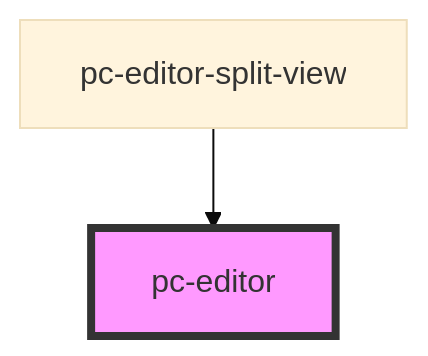
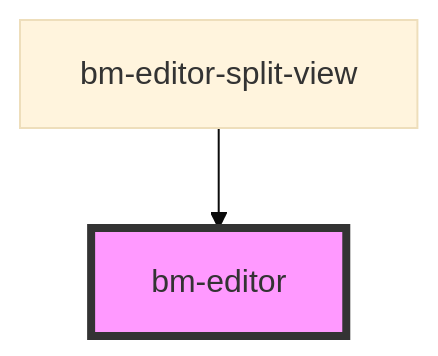
The diagram in packages/studio/src/components/editor/readme.md (bettermusic/studio), drawn with Mermaid (base theme) before and after one commit. The commit also changed other lines of this file and 38 other files, not shown here.

````diff
--- a/packages/studio/src/components/editor/readme.md
+++ b/packages/studio/src/components/editor/readme.md
@@ -35,5 +35,5 @@
 ```mermaid
 graph TD;
-  pc-editor-split-view --> pc-editor
-  style pc-editor fill:#f9f,stroke:#333,stroke-width:4px
+  bm-editor-split-view --> bm-editor
+  style bm-editor fill:#f9f,stroke:#333,stroke-width:4px
 ```
````
